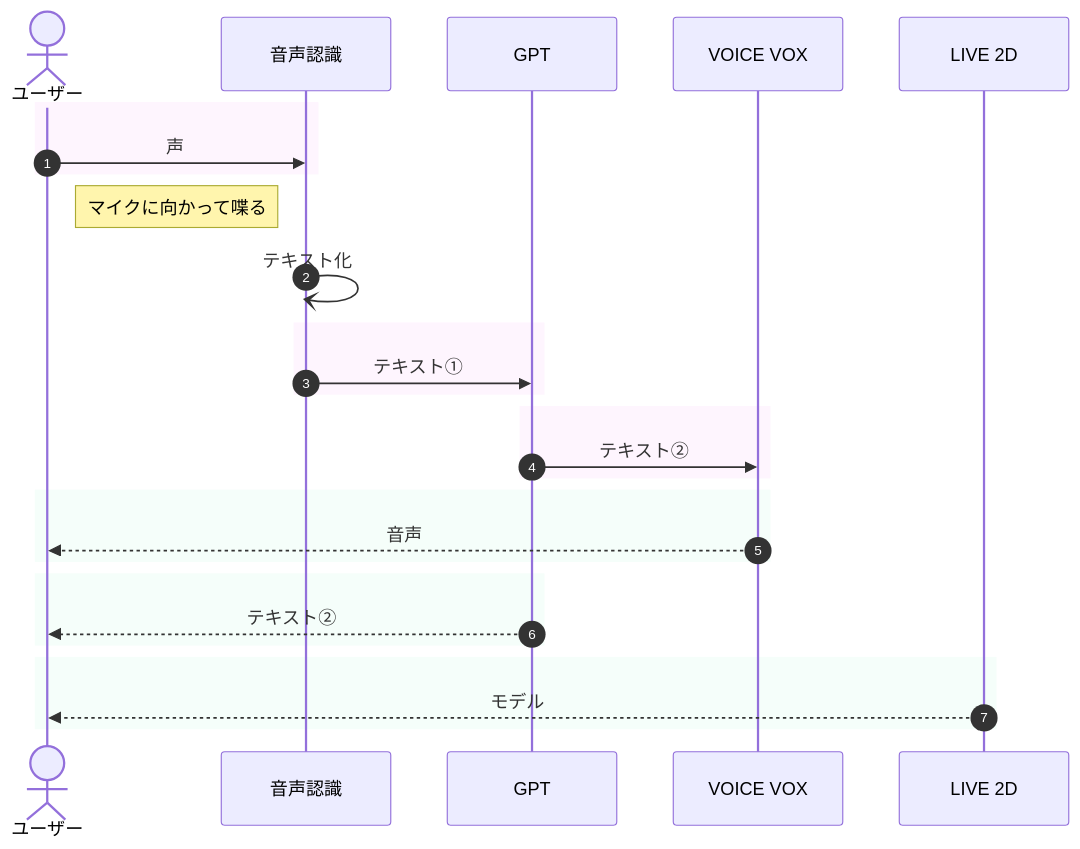
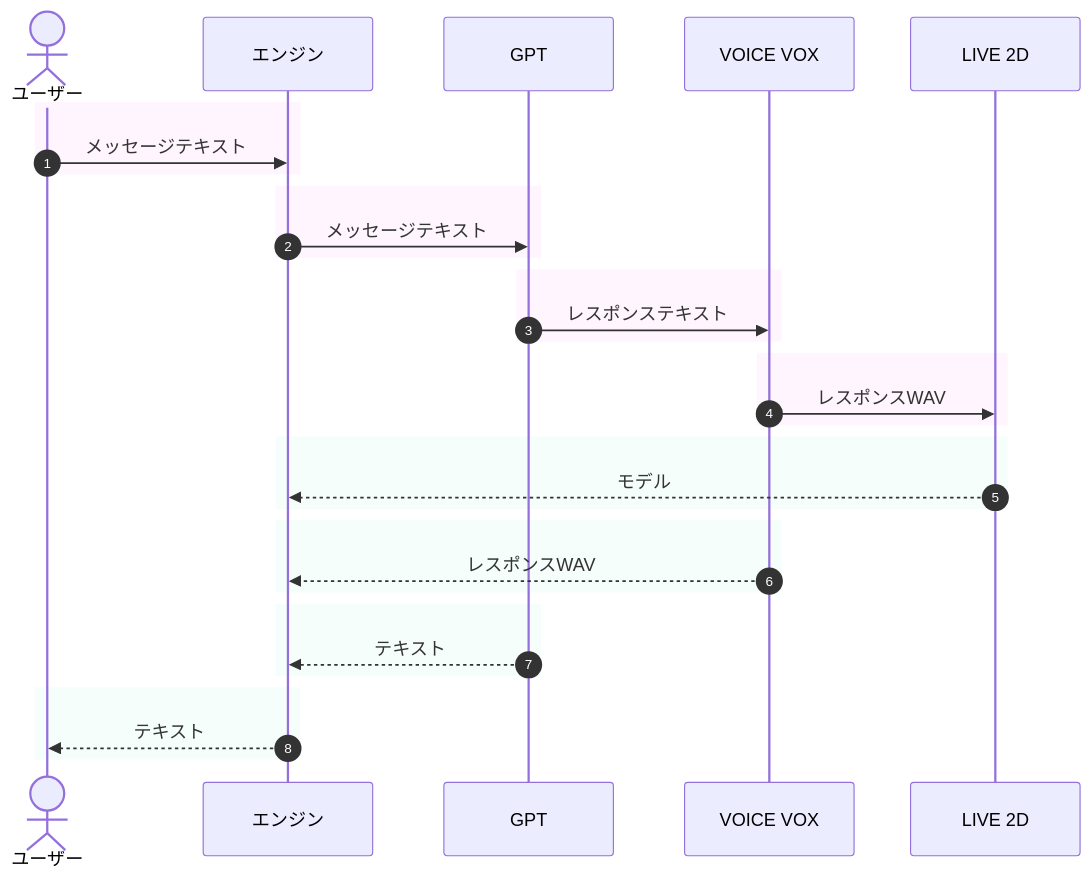
One commit to samurai-7xy/ailover changed the diagram in README.md. Above: the diagram before and after it, drawn with Mermaid.

````diff
--- a/README.md
+++ b/README.md
@@ -9,35 +9,39 @@
 ```mermaid
 sequenceDiagram
     autonumber
     actor a as ユーザー
-    participant voice as 音声認識
+    participant enzin as エンジン
     participant output as GPT
     participant audio as VOICE VOX
     participant live as LIVE 2D
 
     rect rgba(253, 231, 253, 0.4)
-    a ->> voice: 声
-    end
-    Note left of voice:マイクに向かって喋る
-    voice -) voice: テキスト化
-    rect rgba(253, 231, 253, 0.4)
-    voice ->> output: テキスト①
+    a ->> enzin: メッセージテキスト
     end
     rect rgba(253, 231, 253, 0.4)
-    output ->> audio: テキスト②
+    enzin ->> output: メッセージテキスト
+    end
+    rect rgba(253, 231, 253, 0.4)
+    output ->> audio: レスポンステキスト
+    end
+    rect rgba(253, 231, 253, 0.4)
+    audio ->> live: レスポンスWAV
     end
     rect rgba(231, 253, 242, 0.4)
-    audio -->> a: 音声
+    live -->> enzin: モデル
     end
     rect rgba(231, 253, 242, 0.4)
-    output -->> a: テキスト②
+    audio -->> enzin: レスポンスWAV
     end
     rect rgba(231, 253, 242, 0.4)
-    live -->> a: モデル
+    output -->> enzin: テキスト
+    end
+    rect rgba(231, 253, 242, 0.4)
+    enzin -->> a: テキスト
     end
 
     ##253, 231, 253, 0.4 ピンク系
     ##231, 253, 242, 0.4 緑系
     
 
 ```
````
